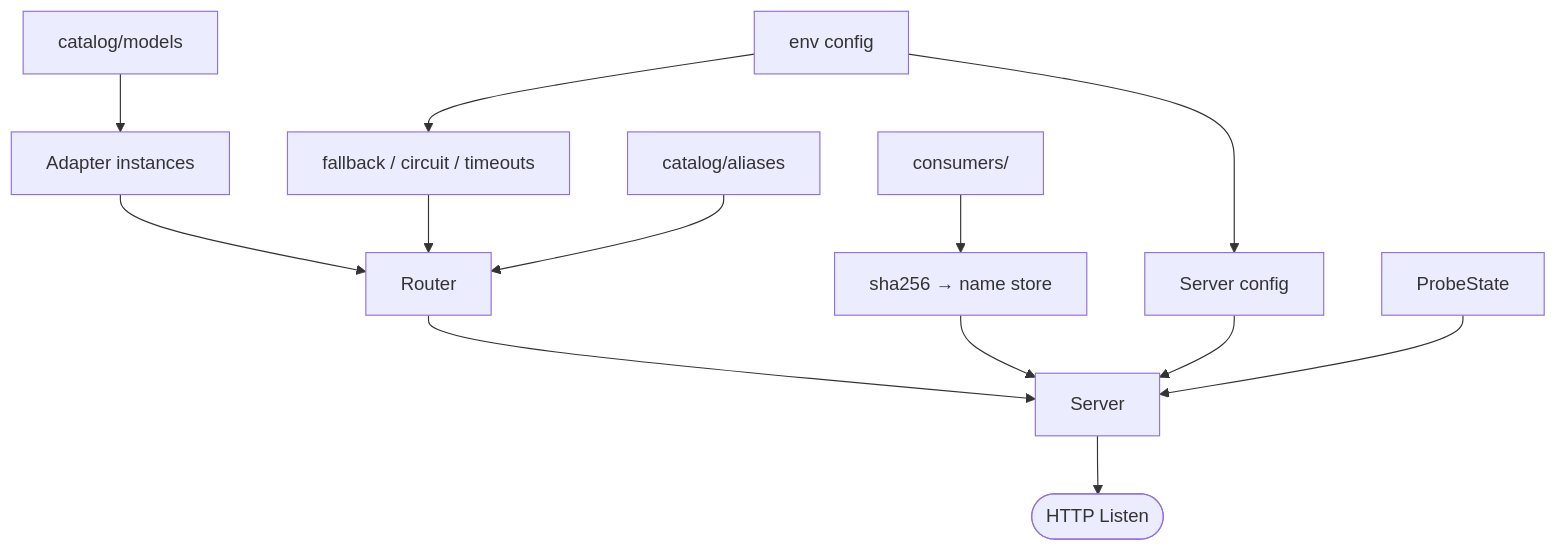
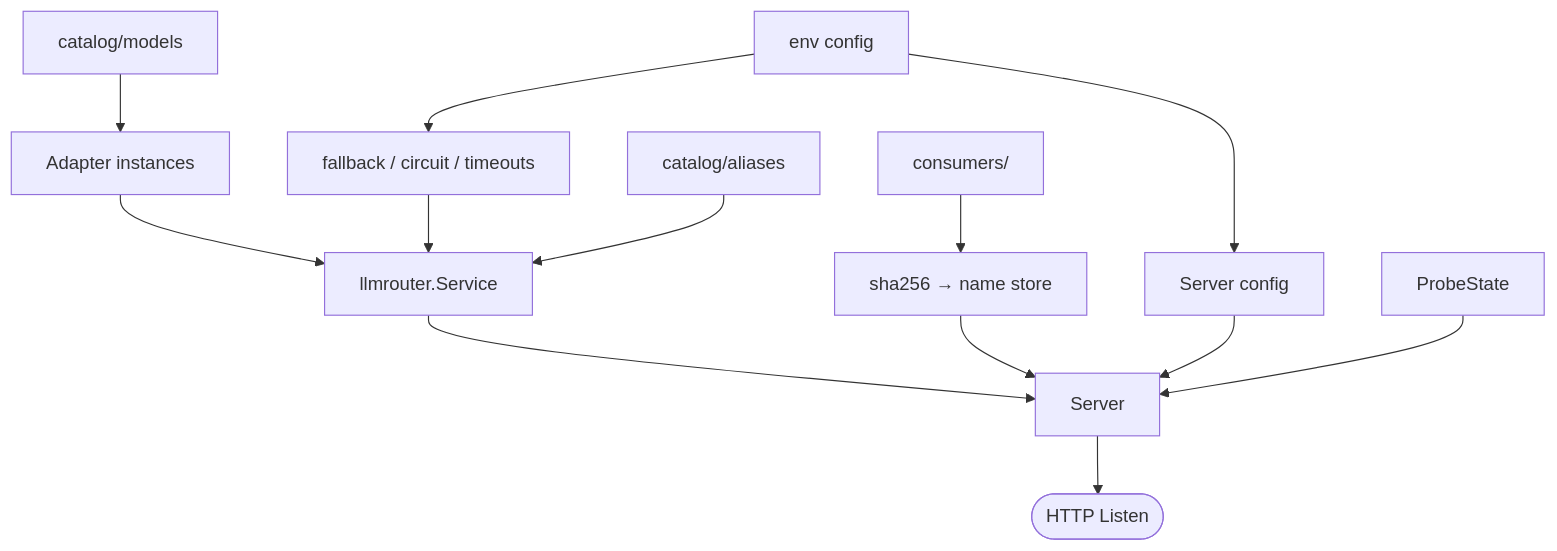
Before and after one commit to cagojeiger/llmgate: the second of 4 diagrams in docs/architecture.md, drawn with Mermaid. The commit also changed other lines of this file and 43 other files, not shown here.

````diff
--- a/docs/architecture.md
+++ b/docs/architecture.md
@@ -171,15 +174,15 @@
 ```mermaid
 graph TD
     Env[env config] --> ServerCfg[Server config]
     Env --> Policy[fallback / circuit / timeouts]
     CatalogM[catalog/models] --> Adapters[Adapter instances]
-    Adapters --> Router
-    CatalogA[catalog/aliases] --> Router
-    Policy --> Router
+    Adapters --> Service[llmrouter.Service]
+    CatalogA[catalog/aliases] --> Service
+    Policy --> Service
     Consumers[consumers/] --> Store[sha256 → name store]
     ServerCfg --> Server
     Store --> Server
-    Router --> Server
+    Service --> Server
     Probe[ProbeState] --> Server
     Server --> Listen([HTTP Listen])
 ```
````
